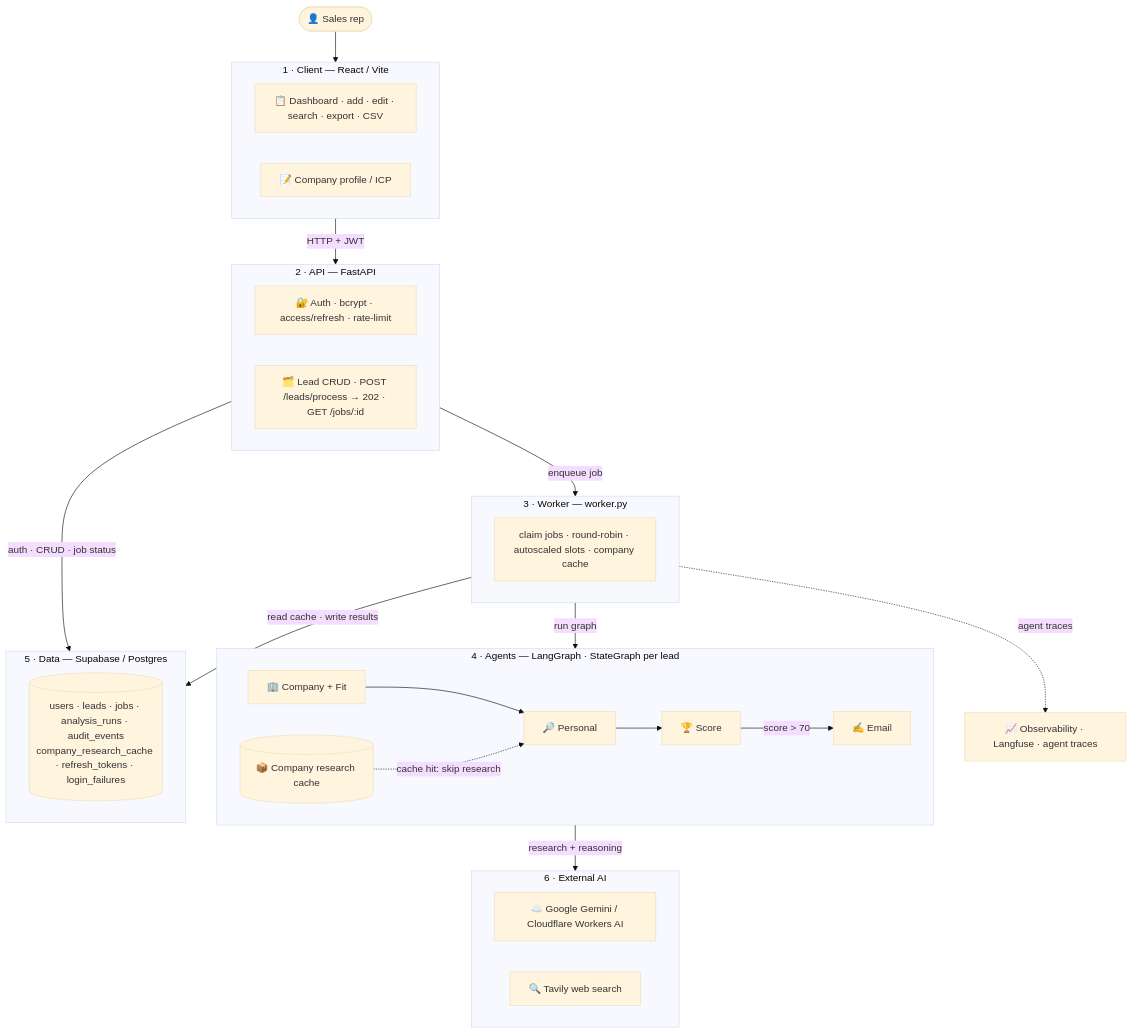
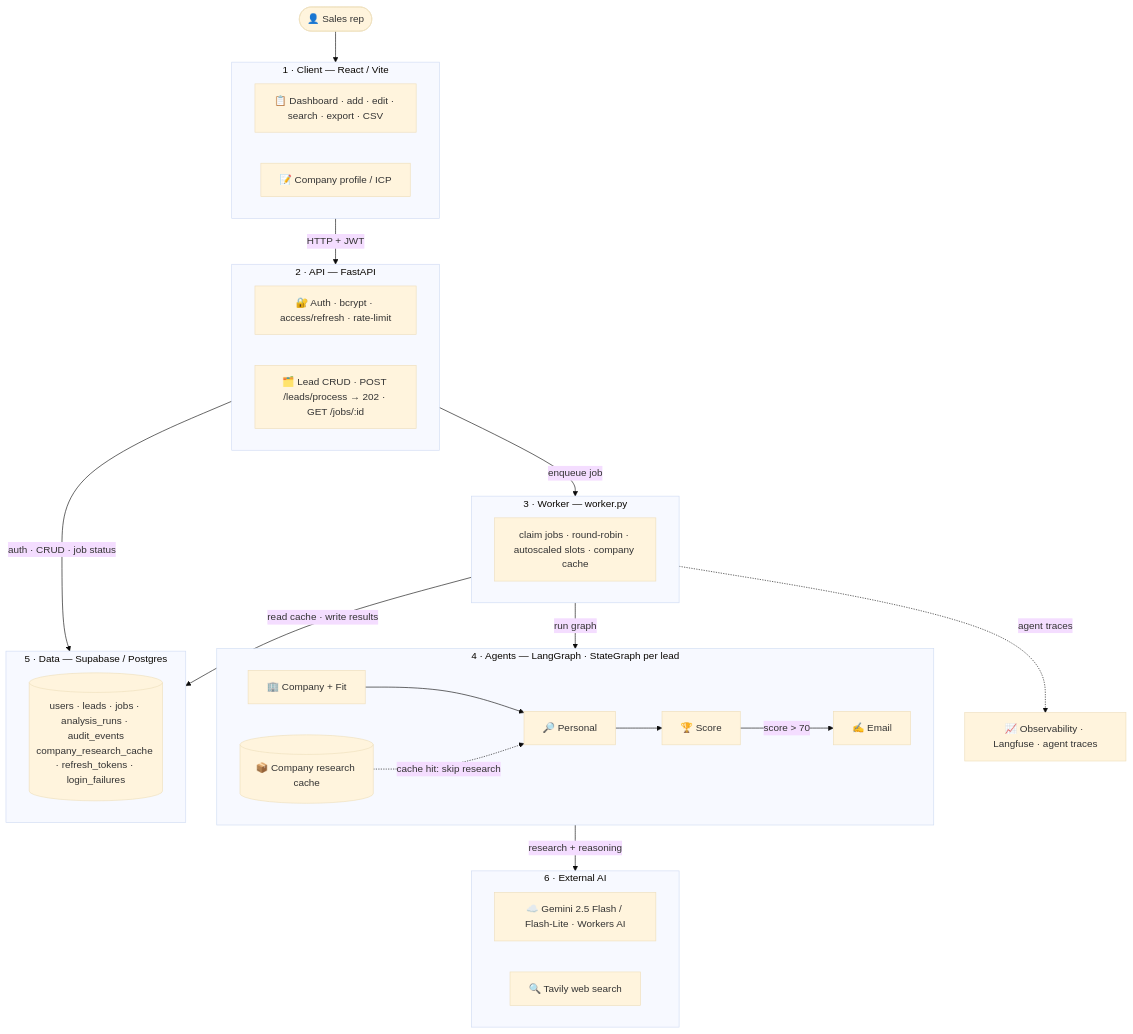
The diagram in README.md (VIVPM/multi-crew-leads-dashboard), drawn with Mermaid (base theme) before and after one commit. The commit also changed other lines of this file and 1 other file, not shown here.

First line of the commit message:
Switch agent tiers back to Gemini 2.5 Flash / Flash-Lite

````diff
--- a/README.md
+++ b/README.md
@@ -23,46 +23,46 @@
 ```mermaid
 graph TD
     User(["👤 Sales rep"])
 
     subgraph CLIENT ["1 · Client — React / Vite"]
         UI["📋 Dashboard · add · edit · search · export · CSV"]
         ICP["📝 Company profile / ICP"]
     end
 
     subgraph APP ["2 · API — FastAPI"]
         Auth["🔐 Auth · bcrypt · access/refresh · rate-limit"]
         REST["🗂️ Lead CRUD · POST /leads/process → 202 · GET /jobs/:id"]
     end
 
     subgraph CTRL ["3 · Worker — worker.py"]
         Claim["claim jobs · round-robin · autoscaled slots · company cache"]
     end
 
     subgraph AI ["4 · Agents — LangGraph · StateGraph per lead"]
         direction LR
         A2["🏢 Company + Fit"] --> A1["🔎 Personal"] --> A3["🏆 Score"]
         C[("📦 Company research cache")] -.->|cache hit: skip research| A1
         A3 -->|score > 70| E1["✍️ Email"]
     end
 
     subgraph DATA ["5 · Data — Supabase / Postgres"]
         Tbls[("users · leads · jobs · analysis_runs · audit_events
 company_research_cache · refresh_tokens · login_failures")]
     end
 
     subgraph EXT ["6 · External AI"]
-        LLM["☁️ Google Gemini / Cloudflare Workers AI"]
+        LLM["☁️ Gemini 2.5 Flash / Flash-Lite · Workers AI"]
         Tavily["🔍 Tavily web search"]
     end
 
     OBS["📈 Observability · Langfuse · agent traces"]
 
     User --> CLIENT
     CLIENT -->|HTTP + JWT| APP
     APP -->|auth · CRUD · job status| DATA
     APP -->|enqueue job| CTRL
     CTRL -->|run graph| AI
     AI -->|research + reasoning| EXT
     CTRL -->|read cache · write results| DATA
     CTRL -.->|agent traces| OBS
 ```
````
